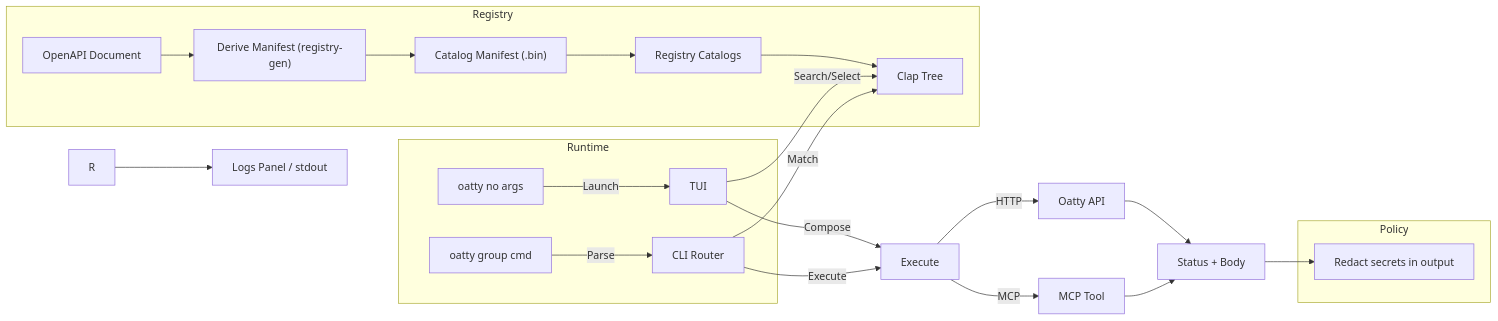
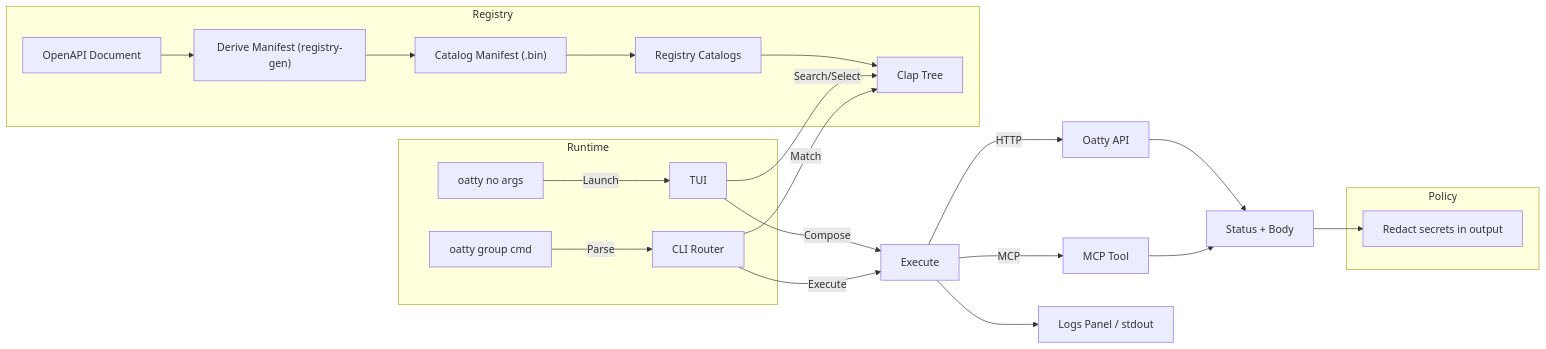
The diagram in README.md (oattyio/oatty), drawn with Mermaid before and after one commit. The commit also changed other lines of this file and 31 other files, not shown here.

````diff
--- a/README.md
+++ b/README.md
@@ -133,30 +254,30 @@
 ```mermaid
 flowchart LR
   subgraph Runtime
     A[oatty no args] -->|Launch| TUI[TUI]
     A2[oatty group cmd] -->|Parse| CLI[CLI Router]
   end
 
   subgraph Registry
     S[OpenAPI Document] --> D["Derive Manifest (registry-gen)"]
     D --> M["Catalog Manifest (.bin)"]
     M --> RC[Registry Catalogs]
     RC --> C[Clap Tree]
   end
 
   TUI -->|Search/Select| C
   TUI -->|Compose| RUN[Execute]
   CLI -->|Match| C
   CLI -->|Execute| RUN
 
   RUN -->|HTTP| HTTP[Oatty API]
   RUN -->|MCP| MCP[MCP Tool]
   HTTP --> OUT2[Status + Body]
   MCP --> OUT2
 
   subgraph Policy
     REDACT[Redact secrets in output]
   end
   OUT2 --> REDACT
-  R --> LOGS[Logs Panel / stdout]
+  RUN --> LOGS[Logs Panel / stdout]
 ```
````
